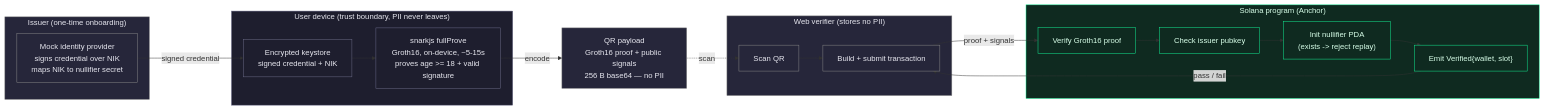
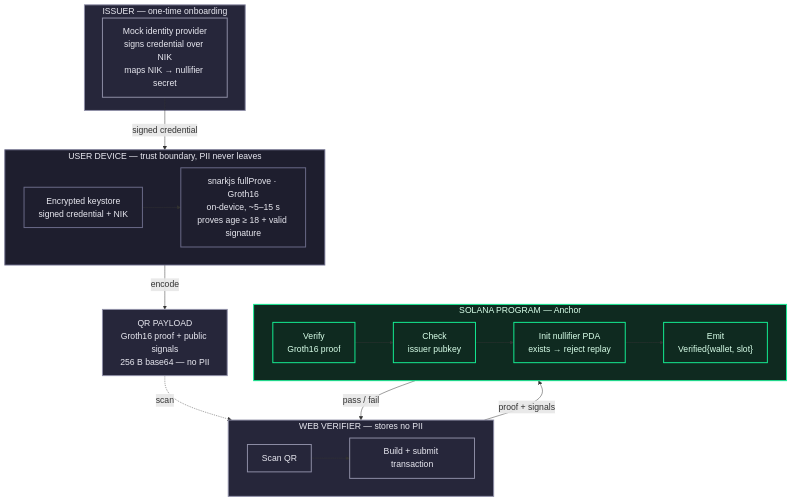
One commit to KageHQ/.github changed the diagram in profile/README.md. Above: the diagram before and after it, drawn with Mermaid. The commit also changed other lines of this file and 1 other file, not shown here.

Commit message:
Add banner, enlarge vertical diagram with bigger fonts

````diff
--- a/profile/README.md
+++ b/profile/README.md
@@ -40,41 +40,45 @@
 ```mermaid
-flowchart LR
-    subgraph issuer["Issuer (one-time onboarding)"]
-        ISS["Mock identity provider<br/>signs credential over NIK<br/>maps NIK to nullifier secret"]
+%%{init: {"flowchart": {"htmlLabels": true, "nodeSpacing": 55, "rankSpacing": 55}, "themeVariables": {"fontSize": "18px"}}}%%
+flowchart TB
+    subgraph issuer["ISSUER — one-time onboarding"]
+        ISS["Mock identity provider<br/>signs credential over NIK<br/>maps NIK → nullifier secret"]
     end
 
-    subgraph device["User device (trust boundary, PII never leaves)"]
+    subgraph device["USER DEVICE — trust boundary, PII never leaves"]
+        direction LR
         KS["Encrypted keystore<br/>signed credential + NIK"]
-        PR["snarkjs fullProve<br/>Groth16, on-device, ~5-15s<br/>proves age >= 18 + valid signature"]
+        PR["snarkjs fullProve · Groth16<br/>on-device, ~5–15 s<br/>proves age ≥ 18 + valid signature"]
         KS --> PR
     end
 
-    QR["QR payload<br/>Groth16 proof + public signals<br/>256 B base64 — no PII"]
+    QR["QR PAYLOAD<br/>Groth16 proof + public signals<br/>256 B base64 — no PII"]
 
-    subgraph verifier["Web verifier (stores no PII)"]
+    subgraph verifier["WEB VERIFIER — stores no PII"]
+        direction LR
         SCAN["Scan QR"]
         TX["Build + submit transaction"]
         SCAN --> TX
     end
 
-    subgraph chain["Solana program (Anchor)"]
-        V["Verify Groth16 proof"]
-        IK["Check issuer pubkey"]
-        NUL["Init nullifier PDA<br/>(exists -> reject replay)"]
-        EV["Emit Verified{wallet, slot}"]
+    subgraph chain["SOLANA PROGRAM — Anchor"]
+        direction LR
+        V["Verify<br/>Groth16 proof"]
+        IK["Check<br/>issuer pubkey"]
+        NUL["Init nullifier PDA<br/>exists → reject replay"]
+        EV["Emit<br/>Verified{wallet, slot}"]
         V --> IK --> NUL --> EV
     end
 
     ISS -->|signed credential| KS
     PR -->|encode| QR
     QR -.->|scan| SCAN
     TX -->|proof + signals| V
     EV -->|pass / fail| TX
 
-    classDef trust fill:#1e1e2e,stroke:#6c6c8a,color:#e8e8f0;
-    classDef onchain fill:#0f2a20,stroke:#14F195,color:#d8ffe9;
-    classDef neutral fill:#26263a,stroke:#888,color:#e8e8f0;
+    classDef trust fill:#1e1e2e,stroke:#6c6c8a,color:#e8e8f0,stroke-width:2px;
+    classDef onchain fill:#0f2a20,stroke:#14F195,color:#d8ffe9,stroke-width:2px;
+    classDef neutral fill:#26263a,stroke:#9090a8,color:#e8e8f0,stroke-width:2px;
     class device,KS,PR trust;
     class chain,V,IK,NUL,EV onchain;
     class issuer,ISS,verifier,SCAN,TX,QR neutral;
 ```
````
